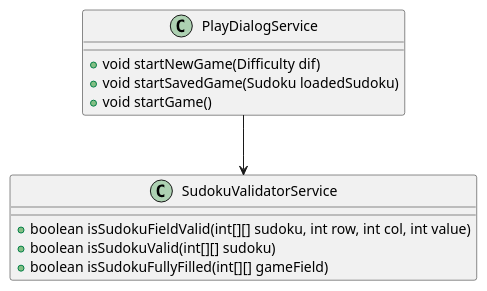
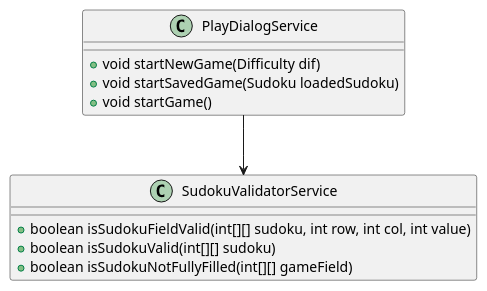
One commit to mohjohfox/cli-sudoku changed the diagram in uml/refacotring/rename_method_nachher.puml. Above: the diagram before and after it, drawn with PlantUML. The commit also changed 10 other files, not shown here.

First line of the commit message:
Fixed uml

```diff
--- a/uml/refacotring/rename_method_nachher.puml
+++ b/uml/refacotring/rename_method_nachher.puml
@@ -1,15 +1,15 @@
 @startuml
 class SudokuValidatorService {
 	+ boolean isSudokuFieldValid(int[][] sudoku, int row, int col, int value)
 	+ boolean isSudokuValid(int[][] sudoku)
-   + boolean isSudokuFullyFilled(int[][] gameField)
+   + boolean isSudokuNotFullyFilled(int[][] gameField)
 }
 
 class PlayDialogService {
    + void startNewGame(Difficulty dif) 
    + void startSavedGame(Sudoku loadedSudoku)
    + void startGame()
 }
 
 PlayDialogService --> SudokuValidatorService
 @enduml
```
